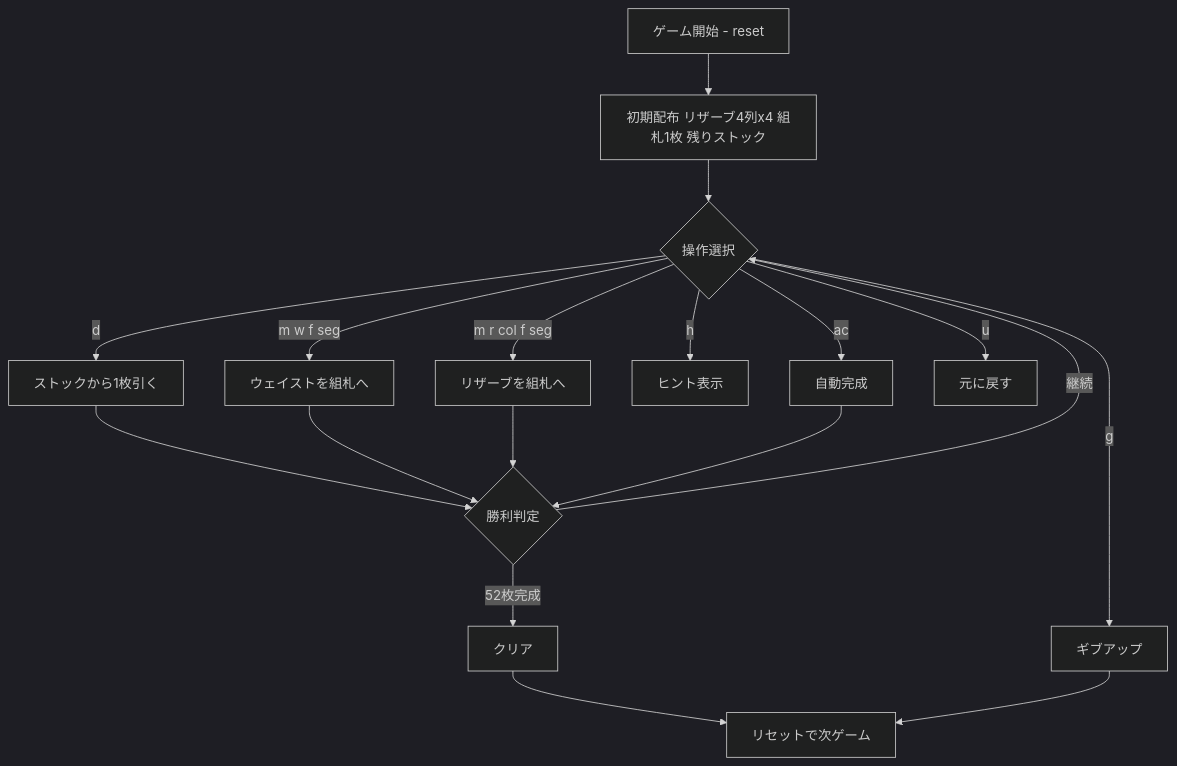
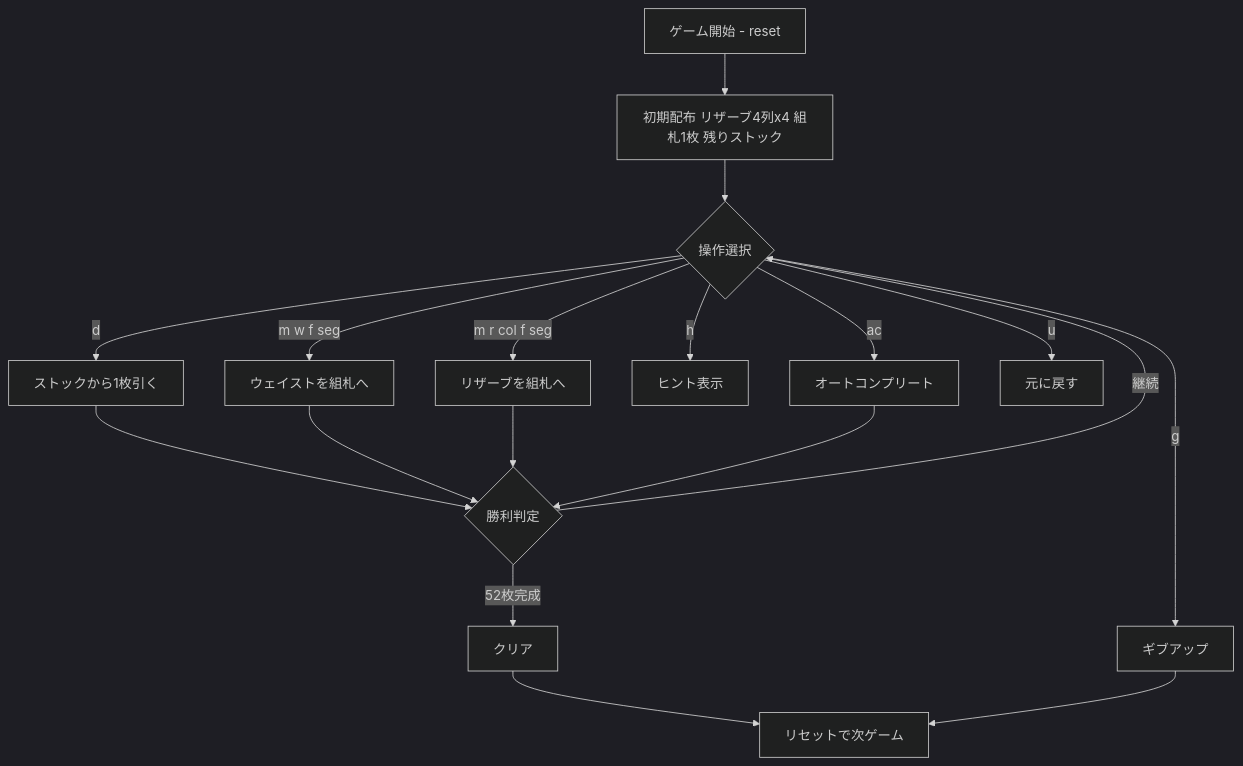
Before and after one commit to yuta-yoshinaga/go_trumpcards: the diagram in docs/manual/cui/osmosis.md, drawn with Mermaid (dark theme). The commit also changed other lines of this file and 115 other files, not shown here.

````diff
--- a/docs/manual/cui/osmosis.md
+++ b/docs/manual/cui/osmosis.md
@@ -26,20 +26,20 @@
 ```mermaid
 flowchart TD
     A[ゲーム開始 - reset] --> B[初期配布 リザーブ4列x4 組札1枚 残りストック]
     B --> C{操作選択}
     C -->|d| D[ストックから1枚引く]
     C -->|m w f seg| E[ウェイストを組札へ]
     C -->|m r col f seg| F[リザーブを組札へ]
     C -->|h| G[ヒント表示]
-    C -->|ac| H[自動完成]
+    C -->|ac| H[オートコンプリート]
     C -->|u| I[元に戻す]
     D --> J{勝利判定}
     E --> J
     F --> J
     H --> J
     J -->|52枚完成| K[クリア]
     J -->|継続| C
     C -->|g| L[ギブアップ]
     K --> M[リセットで次ゲーム]
     L --> M
 ```
````
